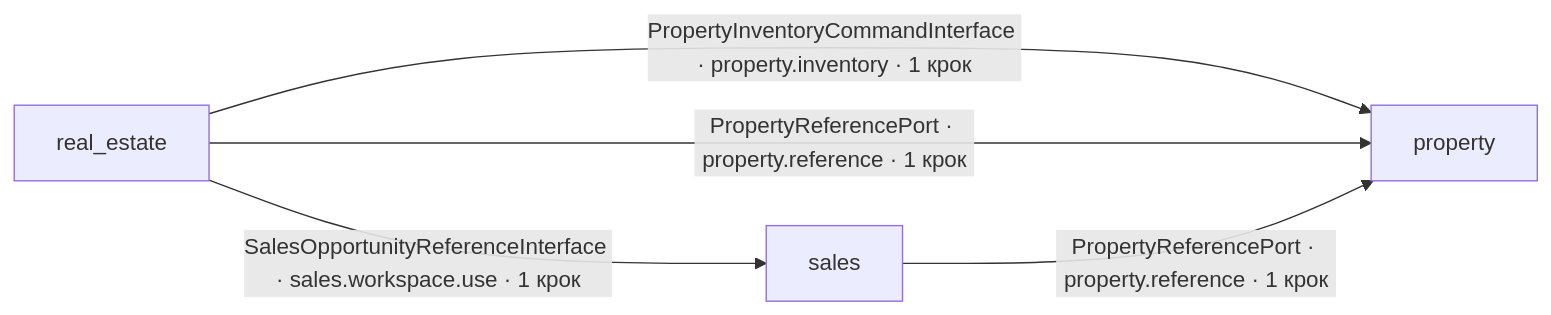
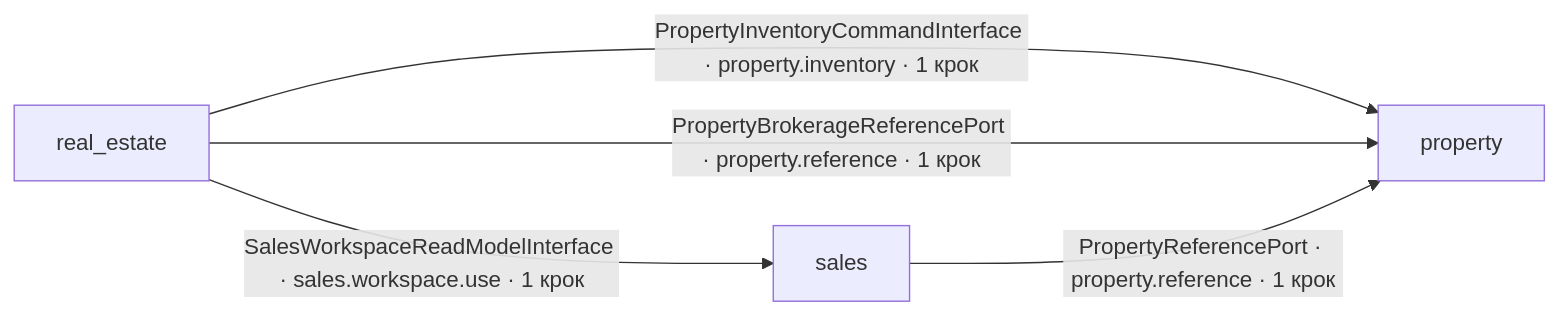
The diagram in docs/12-reference/cross-domain-process-topology.md (Murakhovsky/TerraNova2026), drawn with Mermaid before and after one commit. The commit also changed other lines of this file, not shown here.

Commit message:
Wave 9: refresh cross-domain brokerage topology

````diff
--- a/docs/12-reference/cross-domain-process-topology.md
+++ b/docs/12-reference/cross-domain-process-topology.md
@@ -27,10 +27,10 @@
 ```mermaid
 flowchart LR
     domain_property["property"]
     domain_real_estate["real_estate"]
     domain_sales["sales"]
     domain_real_estate -->|PropertyInventoryCommandInterface · property.inventory · 1 крок| domain_property
-    domain_real_estate -->|PropertyReferencePort · property.reference · 1 крок| domain_property
-    domain_real_estate -->|SalesOpportunityReferenceInterface · sales.workspace.use · 1 крок| domain_sales
+    domain_real_estate -->|PropertyBrokerageReferencePort · property.reference · 1 крок| domain_property
+    domain_real_estate -->|SalesWorkspaceReadModelInterface · sales.workspace.use · 1 крок| domain_sales
     domain_sales -->|PropertyReferencePort · property.reference · 1 крок| domain_property
 ```
````
